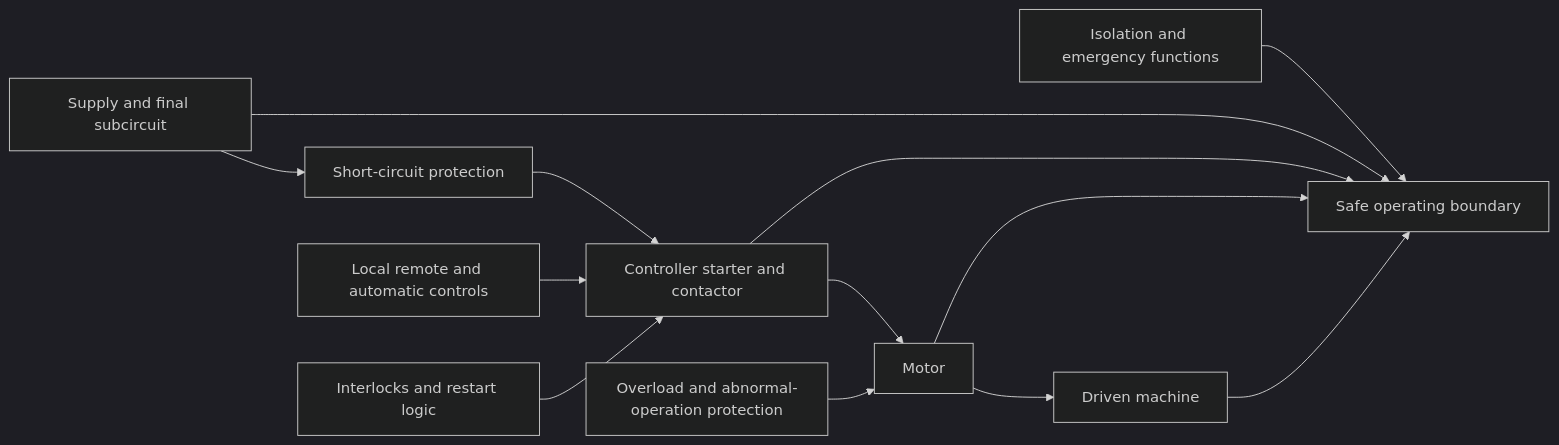
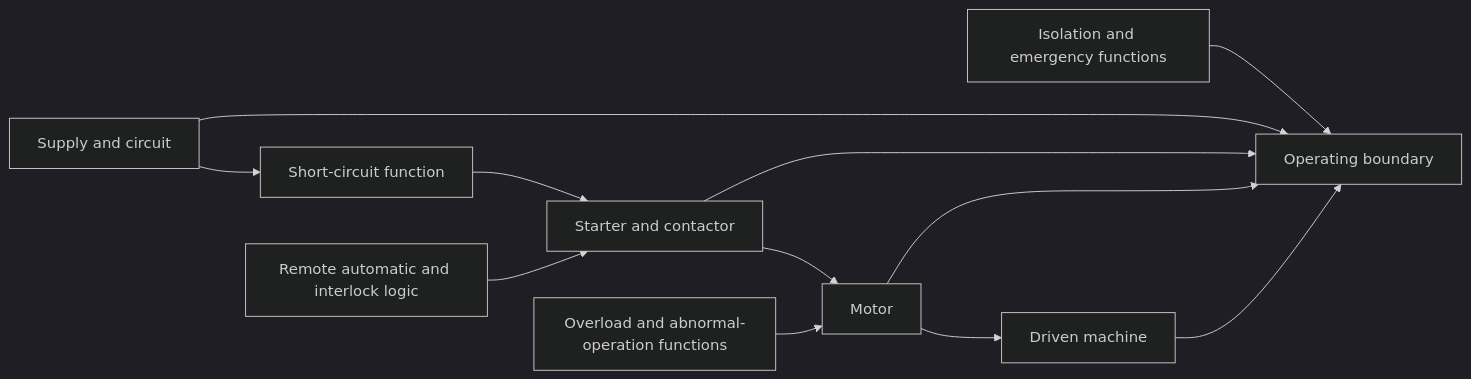
The second of 2 diagrams in docs/learning-plans/4-week/modules/day-20b-motors-and-associated-protection.md (andrew3stedall/capstone), drawn with Mermaid (dark theme) before and after one commit. The commit also changed other lines of this file, not shown here.

````diff
--- a/docs/learning-plans/4-week/modules/day-20b-motors-and-associated-protection.md
+++ b/docs/learning-plans/4-week/modules/day-20b-motors-and-associated-protection.md
@@ -171,15 +158,14 @@
 ```mermaid
 flowchart LR
-    S["Supply and final subcircuit"] --> P["Short-circuit protection"]
-    P --> C["Controller starter and contactor"]
-    C --> M["Motor"]
-    M --> D["Driven machine"]
-    O["Overload and abnormal-operation protection"] --> M
-    L["Local remote and automatic controls"] --> C
-    I["Interlocks and restart logic"] --> C
-    X["Isolation and emergency functions"] --> B["Safe operating boundary"]
+    S[Supply and circuit] --> P[Short-circuit function]
+    P --> C[Starter and contactor]
+    C --> M[Motor]
+    M --> D[Driven machine]
+    O[Overload and abnormal-operation functions] --> M
+    R[Remote automatic and interlock logic] --> C
+    I[Isolation and emergency functions] --> B[Operating boundary]
     S --> B
     C --> B
     M --> B
     D --> B
 ```
````
